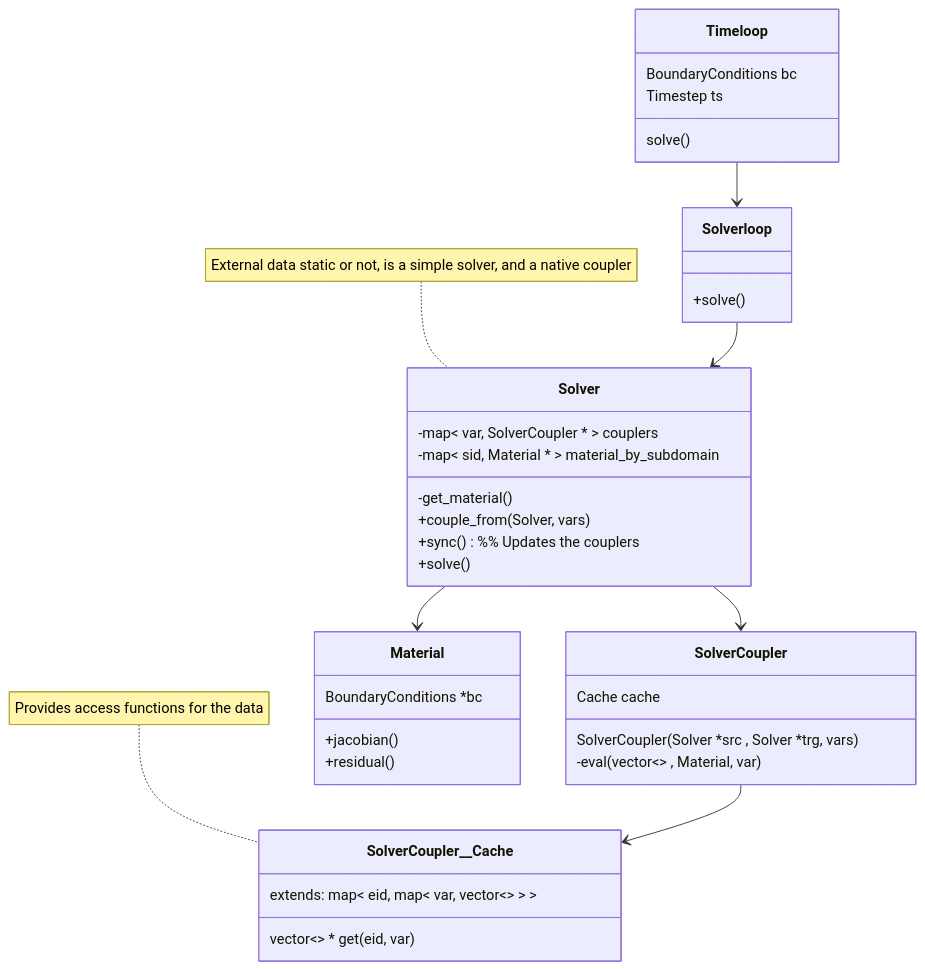
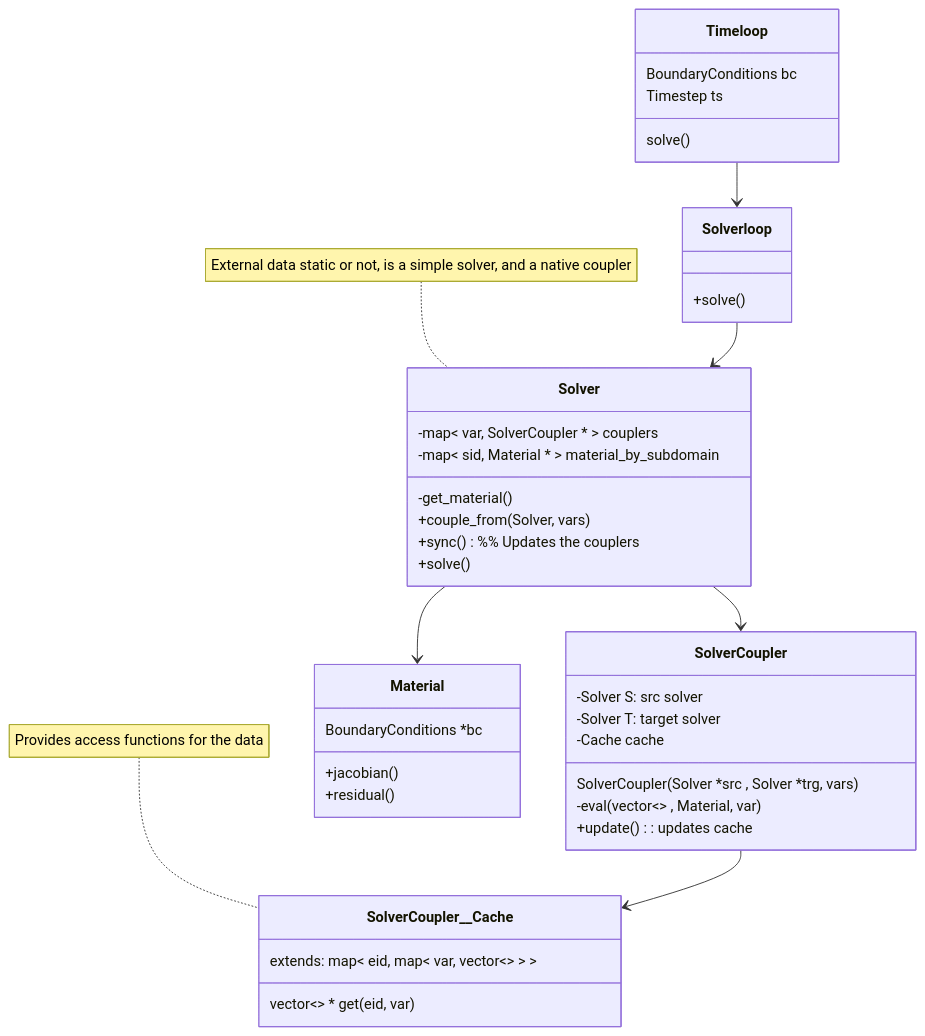
One commit to rebpoli/harpy changed the first of 2 diagrams in doc/Description.md. Above: the diagram before and after it, drawn with Mermaid.

````diff
--- a/doc/Description.md
+++ b/doc/Description.md
@@ -20,52 +20,55 @@
 ```mermaid
 %% Interfaces, abstract classes
 classDiagram
     class Timeloop { 
         BoundaryConditions bc
         Timestep ts
         solve()
     }
 
     %% The solver loop couples the solvers
     class Solverloop {
         +solve()
     }
 
     %% Does the calculations and hold the cached data needed to couple SRC->TRG
     %% Can be specialized for more complex data types (e.g. stress or velocities)
     class SolverCoupler__Cache {
         extends: map< eid, map< var, vector<> > >
         vector<> * get( eid, var )
     }
     note for SolverCoupler__Cache "Provides access functions for the data"
     class SolverCoupler {
         SolverCoupler( Solver *src , Solver *trg, vars )
-        Cache cache
+        -Solver S: src solver
+        -Solver T: target solver
+        -Cache cache
         -eval( vector<> , Material, var )
+        +update(): updates cache
     }
     SolverCoupler --> SolverCoupler__Cache
 
     %% The solver keeps its own couplers
     class Solver {
         -map< var, SolverCoupler * > couplers
         -map< sid, Material * > material_by_subdomain
         -get_material()
         +couple_from(Solver, vars)
         +sync()  %% Updates the couplers
         +solve()
     }
     Solver--> SolverCoupler
     note for Solver "External data static or not, is a simple solver, and a native coupler"
 
 
     class Material {
         BoundaryConditions *bc
         +jacobian()
         +residual()
     }
 
     Timeloop --> Solverloop
     Solverloop --> Solver
     Solver --> Material
 
 ```
````
